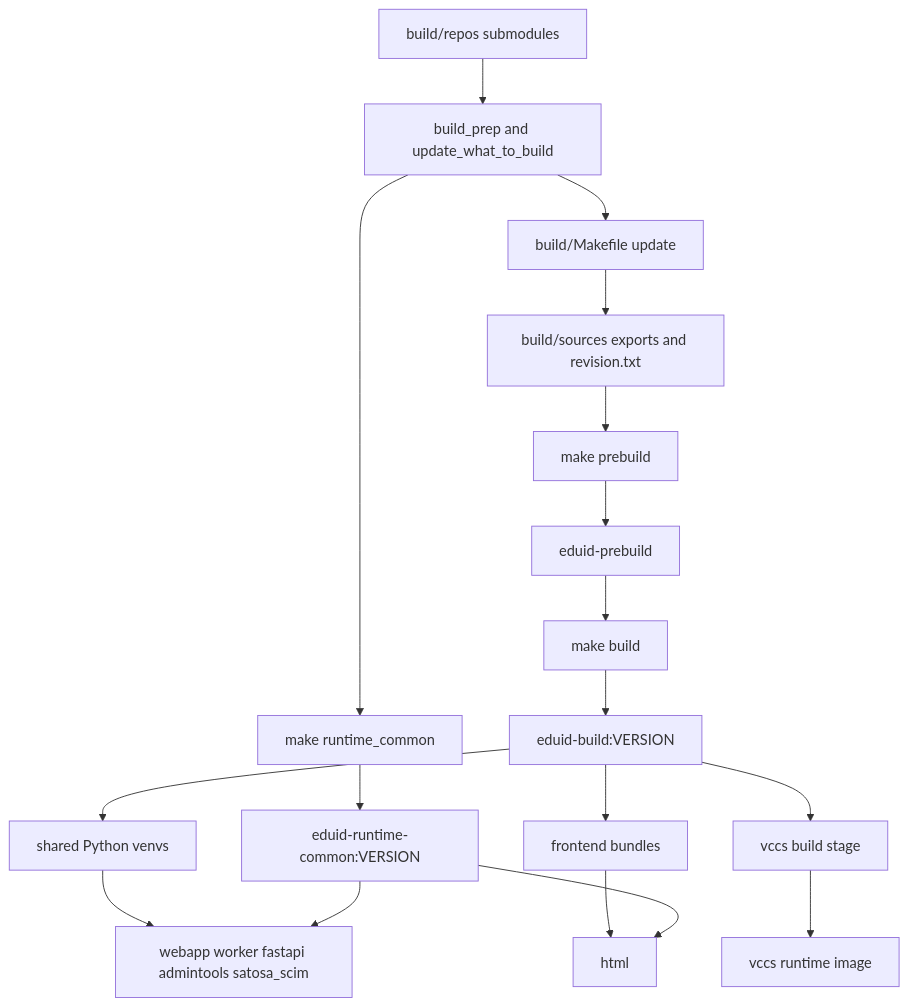
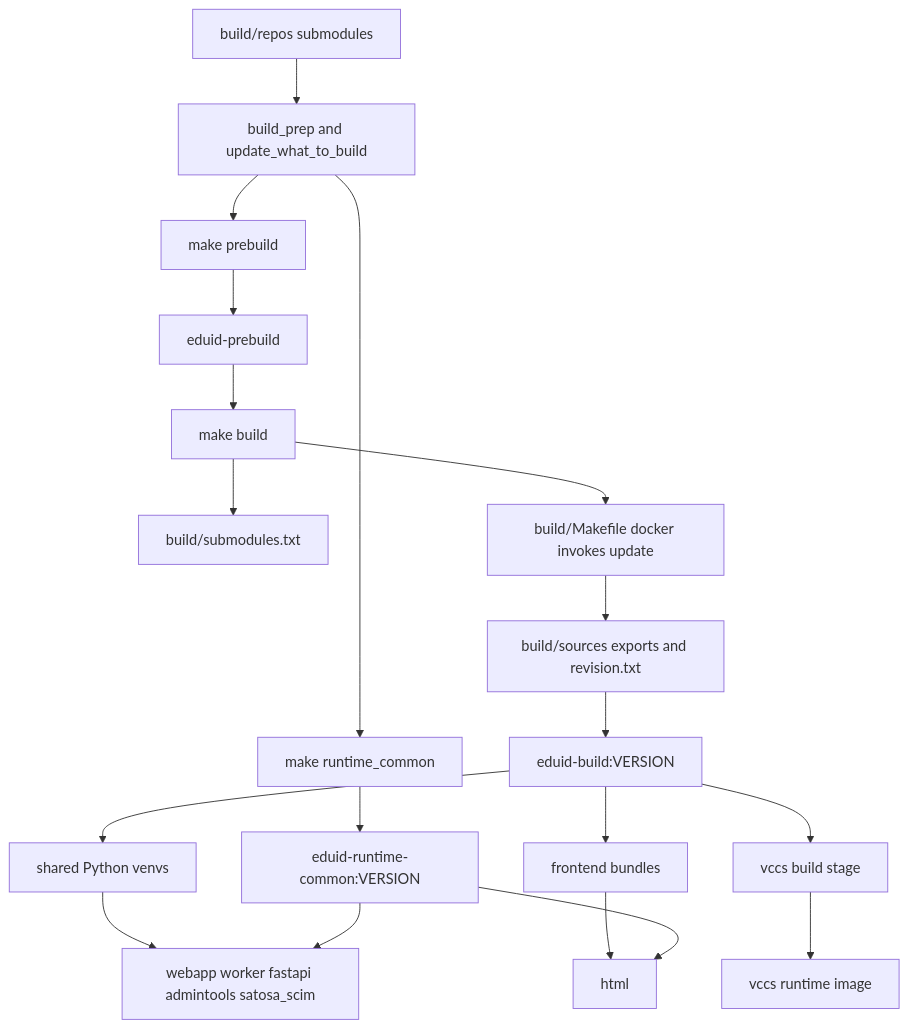
Before and after one commit to SUNET/eduid-releng: the diagram in docs/architecture/build-pipeline.md, drawn with Mermaid. The commit also changed other lines of this file and 13 other files, not shown here.

````diff
--- a/docs/architecture/build-pipeline.md
+++ b/docs/architecture/build-pipeline.md
@@ -17,20 +17,21 @@
 ```mermaid
 flowchart TD
 	A[build/repos submodules] --> B[build_prep and update_what_to_build]
-	B --> C[build/Makefile update]
-	C --> D[build/sources exports and revision.txt]
-	D --> E[make prebuild]
+	B --> E[make prebuild]
 	E --> F[eduid-prebuild]
 	F --> G[make build]
-	G --> H[eduid-build:VERSION]
+	G --> S[build/submodules.txt]
+	G --> C[build/Makefile docker invokes update]
+	C --> D[build/sources exports and revision.txt]
+	D --> H[eduid-build:VERSION]
 	B --> I[make runtime_common]
 	I --> J[eduid-runtime-common:VERSION]
 	H --> K[shared Python venvs]
 	H --> L[frontend bundles]
 	K --> M[webapp worker fastapi admintools satosa_scim]
 	L --> N[html]
 	J --> M
 	J --> N
 	H --> O[vccs build stage]
 	O --> P[vccs runtime image]
 ```
````
